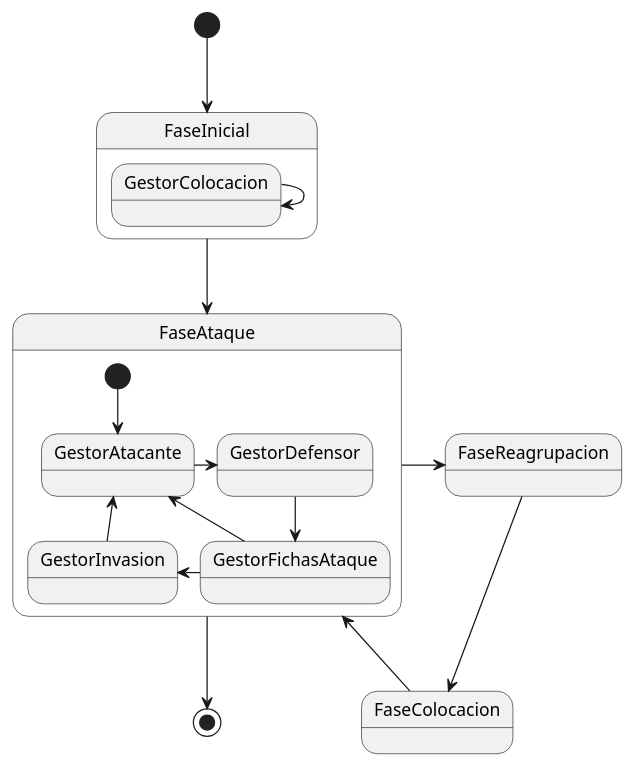
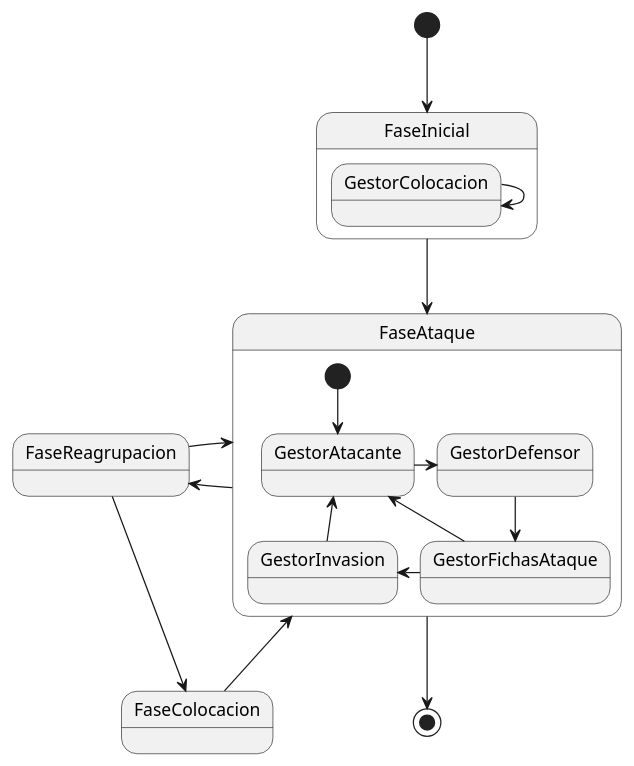
Before and after one commit to Gabrielsem/A.L.T.E.G.O.: the diagram in UML/fases.plantuml, drawn with PlantUML.

Commit message:
state diagram

```diff
--- a/UML/fases.plantuml
+++ b/UML/fases.plantuml
@@ -1,41 +1,42 @@
 @startuml
 skinparam monochrome true
 skinparam style strictuml
 skinparam classAttributeIconSize 0
 
 state FaseInicial{
     GestorColocacion -> GestorColocacion
 }
 state FaseAtaque {
 
     [*] --> GestorAtacante
 
     GestorAtacante -> GestorDefensor
 
     GestorDefensor --> GestorFichasAtaque
 
     GestorFichasAtaque -> GestorAtacante
 
     GestorFichasAtaque -l> GestorInvasion
 
     GestorInvasion -u> GestorAtacante
 
 
 }
 state FaseReagrupacion {
 }
 state FaseColocacion {
 }
 
 
 [*] --> FaseInicial
 FaseInicial --> FaseAtaque
 
 FaseAtaque ->FaseReagrupacion
+FaseReagrupacion -> FaseAtaque
 
 FaseReagrupacion --> FaseColocacion
 FaseColocacion -> FaseAtaque
 
 
 FaseAtaque --> [*]
 @enduml
```
